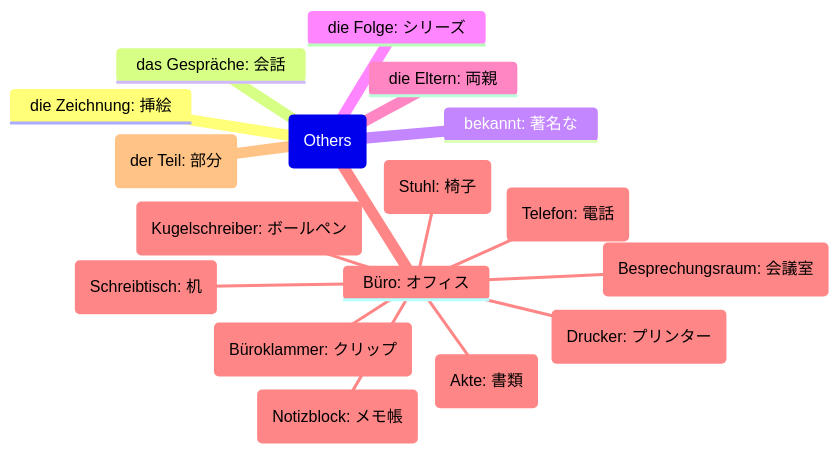
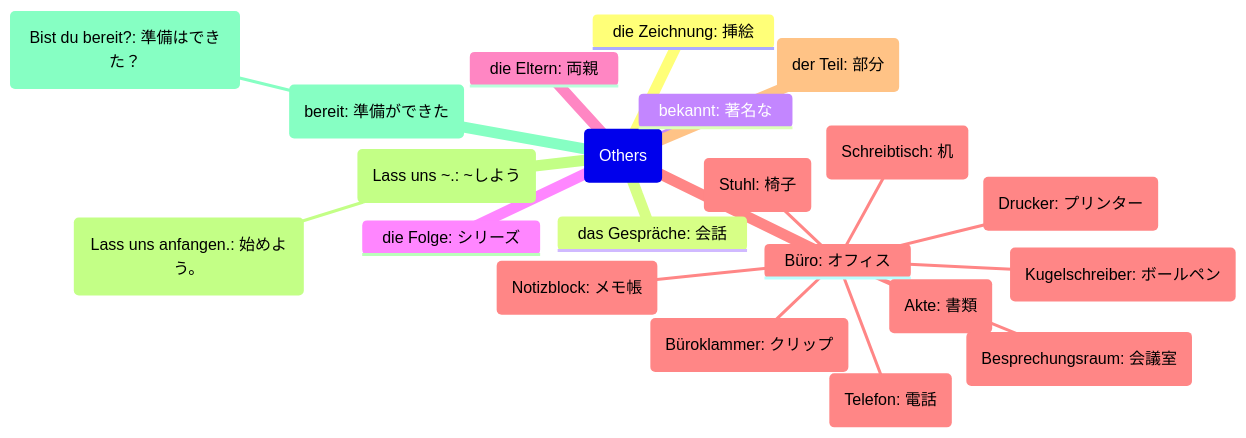
The third of 3 diagrams in Dutesch/Verb/Dutschkurs.md (hyonsoku/mindmap), drawn with Mermaid before and after one commit.

Commit message:
Add Lass uns & bereit

````diff
--- a/Dutesch/Verb/Dutschkurs.md
+++ b/Dutesch/Verb/Dutschkurs.md
@@ -56,20 +56,24 @@
 ```mermaid
 mindmap
     root(Others)
         die Zeichnung: 挿絵
         das Gespräche: 会話
         bekannt: 著名な
         die Folge: シリーズ
         die Eltern: 両親
         Büro: オフィス
             (Schreibtisch: 机)
             (Stuhl: 椅子)
             (Drucker: プリンター)
             (Telefon: 電話)
             (Akte: 書類)
             (Besprechungsraum: 会議室)
             (Büroklammer: クリップ)
             (Notizblock: メモ帳)
             (Kugelschreiber: ボールペン)
         (der Teil: 部分)
+        (Lass uns ~.: ~しよう)
+            (Lass uns anfangen.: 始めよう。)
+        (bereit: 準備ができた)
+            (Bist du bereit?: 準備はできた？)
 ```
````
